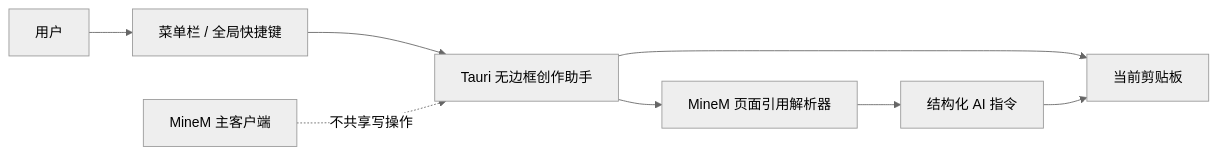
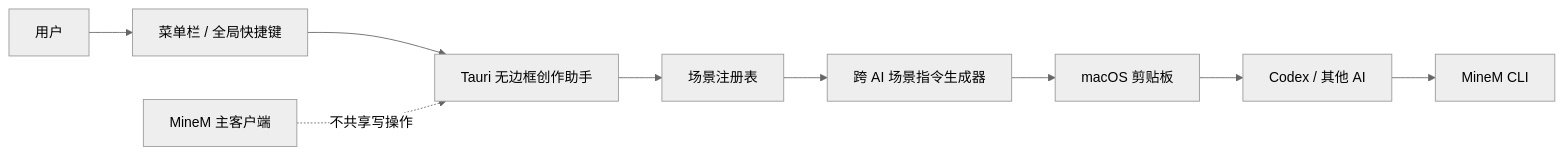
Before and after one commit to Jo-Tsu/minem: the second of 2 diagrams in docs/macos-desktop-client.md, drawn with Mermaid (neutral theme). The commit also changed other lines of this file and 91 other files, not shown here.

````diff
--- a/docs/macos-desktop-client.md
+++ b/docs/macos-desktop-client.md
@@ -84,10 +91,11 @@
 ```mermaid
 flowchart LR
   User["用户"] --> Hotkey["菜单栏 / 全局快捷键"]
   Hotkey --> Palette["Tauri 无边框创作助手"]
-  Palette --> Clipboard["当前剪贴板"]
-  Palette --> Parser["MineM 页面引用解析器"]
-  Parser --> Prompt["结构化 AI 指令"]
-  Prompt --> Clipboard
+  Palette --> Registry["场景注册表"]
+  Registry --> Prompt["跨 AI 场景指令生成器"]
+  Prompt --> Clipboard["macOS 剪贴板"]
+  Clipboard --> Agent["Codex / 其他 AI"]
+  Agent --> CLI["MineM CLI"]
   App["MineM 主客户端"] -. "不共享写操作" .-> Palette
 ```
````
